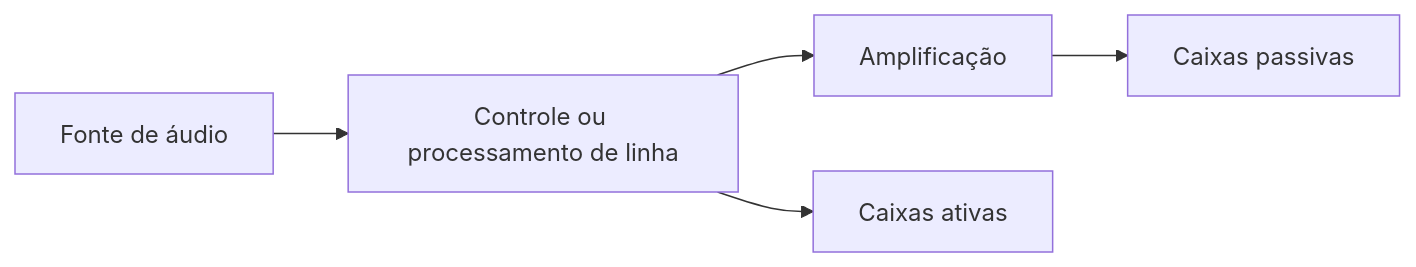
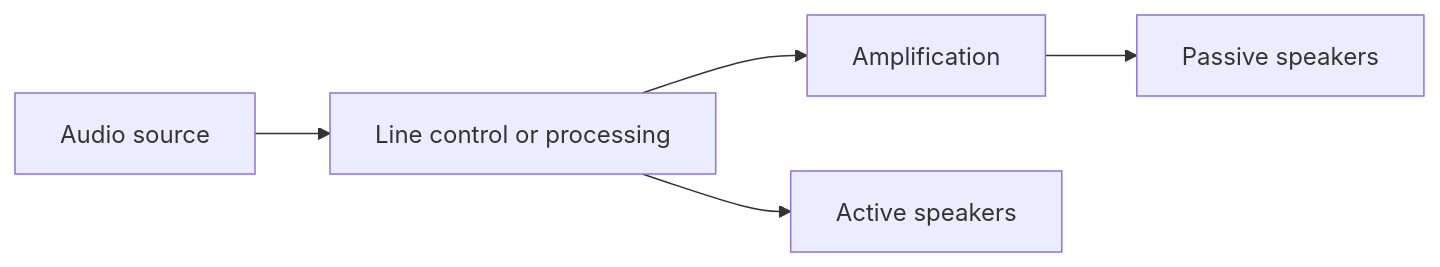
One commit to gperegr/AudioSystem changed the diagram in docs/diagrams/sinais-e-conexoes-01.mmd. Above: the diagram before and after it, drawn with Mermaid. The commit also changed 79 other files, not shown here.

```diff
--- a/docs/diagrams/sinais-e-conexoes-01.mmd
+++ b/docs/diagrams/sinais-e-conexoes-01.mmd
@@ -1,5 +1,5 @@
 flowchart LR
-    F[Fonte de áudio] --> P[Controle ou processamento de linha]
-    P --> A[Amplificação]
-    A --> C[Caixas passivas]
-    P --> AT[Caixas ativas]
+    F["Audio source"] --> P["Line control or processing"]
+    P --> A["Amplification"]
+    A --> C["Passive speakers"]
+    P --> AT["Active speakers"]
```
